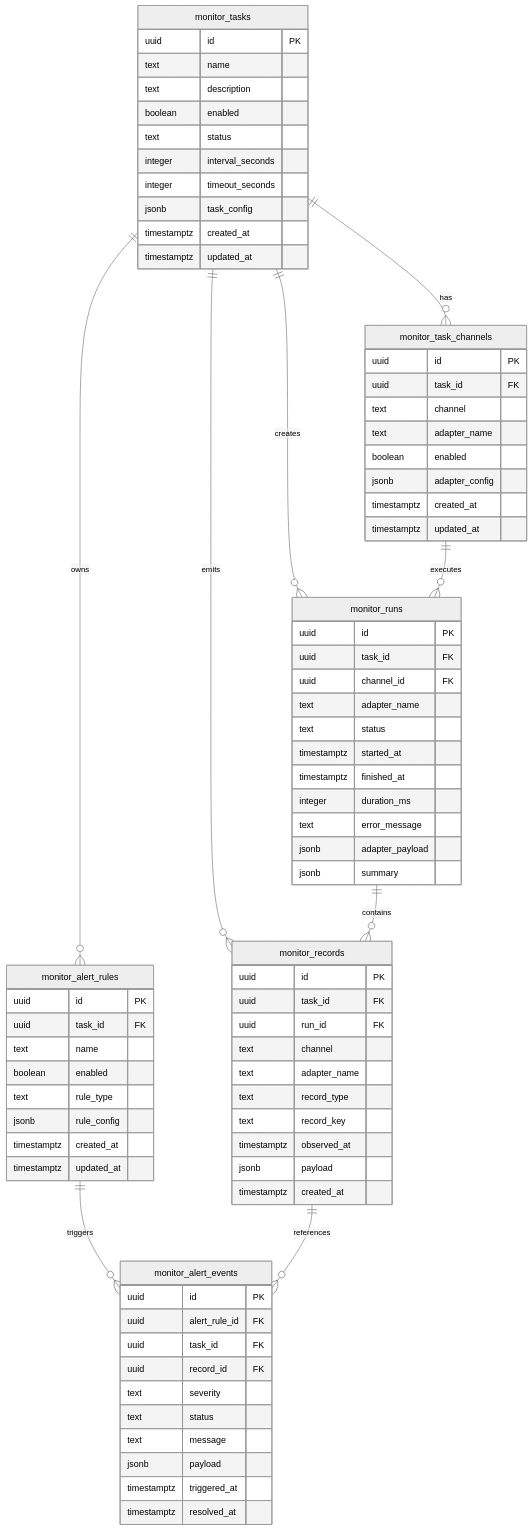
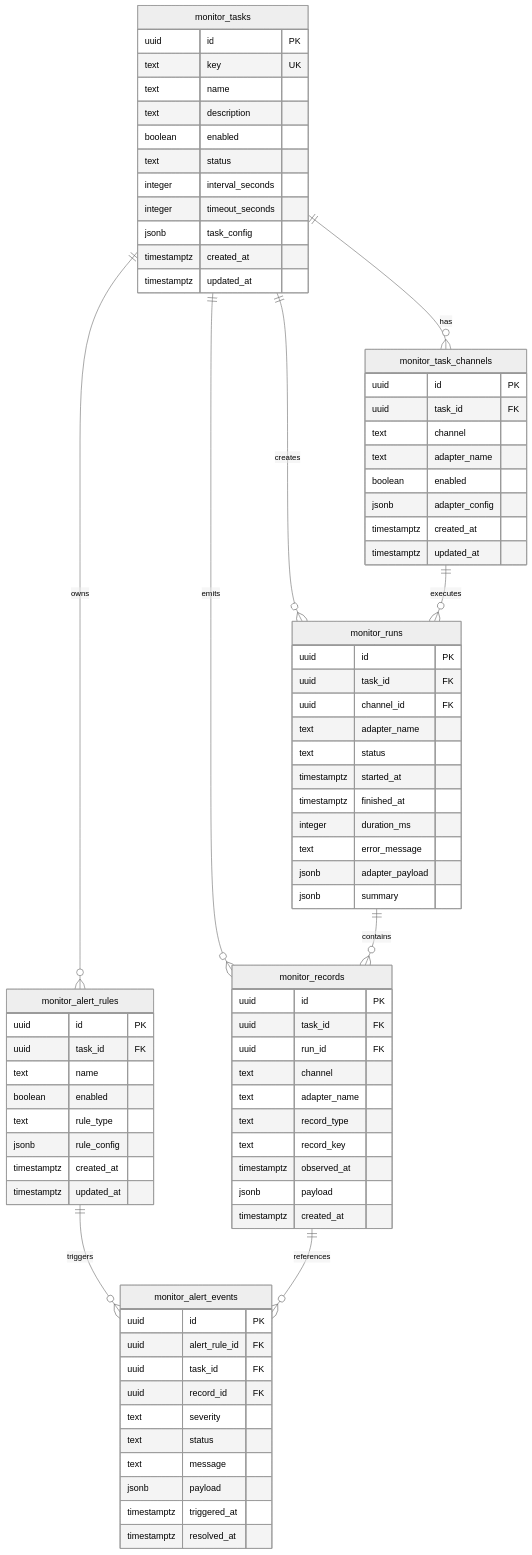
Before and after one commit to zinan-c/Poised: the first of 2 diagrams in README.md, drawn with Mermaid (neutral theme). The commit also changed other lines of this file and 12 other files, not shown here.

```diff
--- a/README.md
+++ b/README.md
@@ -92,6 +97,7 @@
 
   monitor_tasks {
     uuid id PK
+    text key UK
     text name
     text description
     boolean enabled
```
